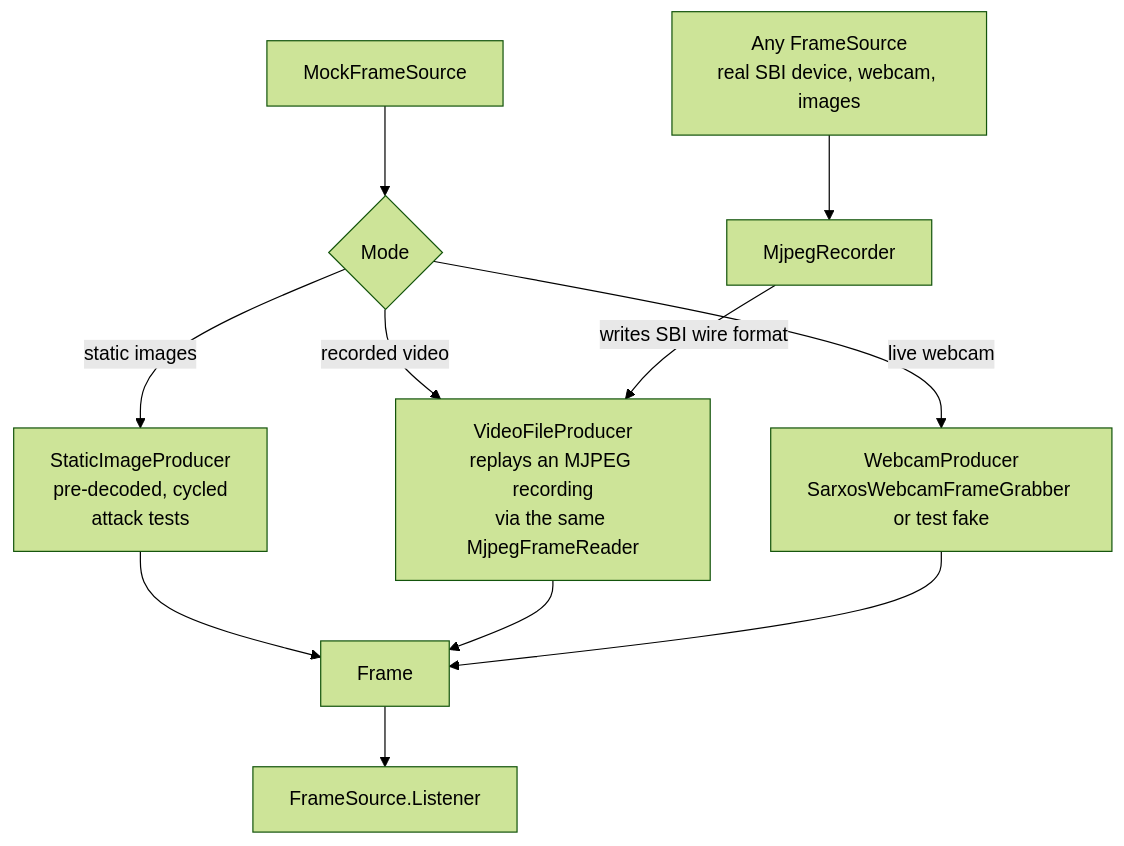
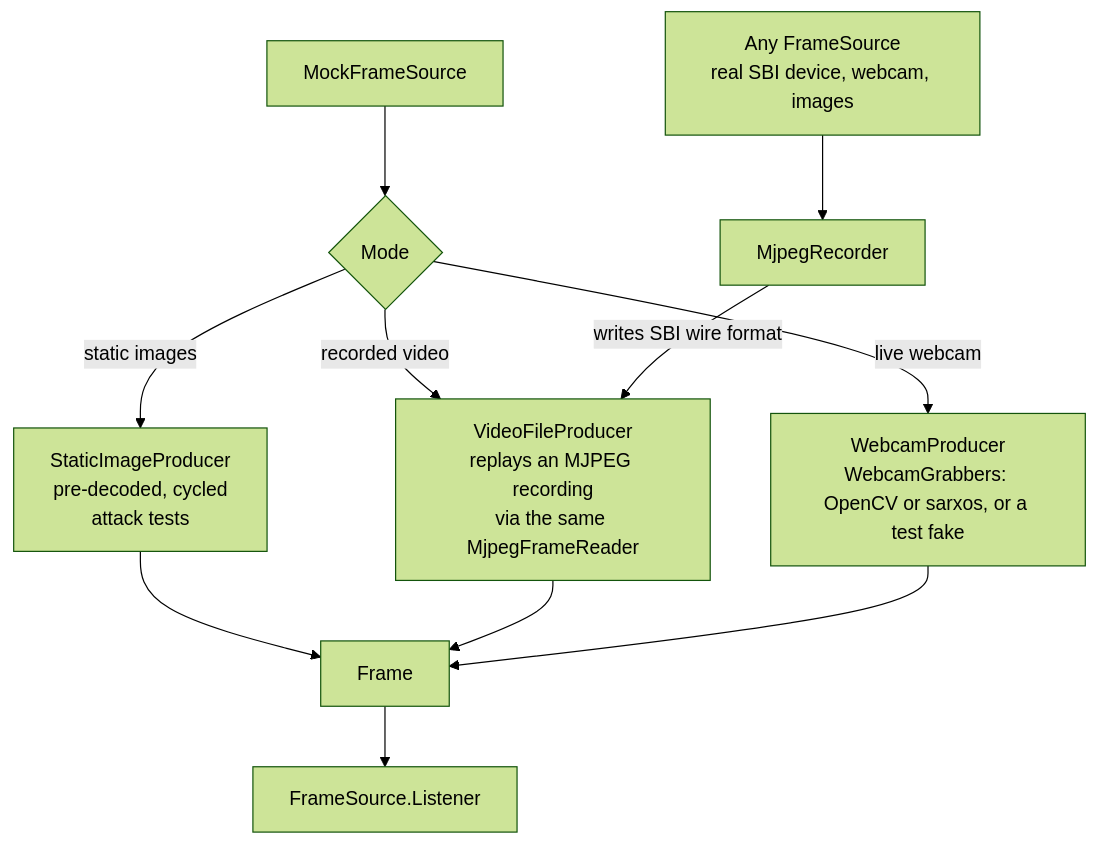
One commit to ChadDadChag/Mosip26 changed the third of 4 diagrams in docs/part1-frame-streaming-architecture.md. Above: the diagram before and after it, drawn with Mermaid (forest theme). The commit also changed other lines of this file and 11 other files, not shown here.

````diff
--- a/docs/part1-frame-streaming-architecture.md
+++ b/docs/part1-frame-streaming-architecture.md
@@ -103,13 +103,13 @@
 ```mermaid
 flowchart TD
     M1[MockFrameSource] --> M2{Mode}
     M2 -->|static images| M3[StaticImageProducer<br/>pre-decoded, cycled<br/>attack tests]
     M2 -->|recorded video| M4[VideoFileProducer<br/>replays an MJPEG recording<br/>via the same MjpegFrameReader]
-    M2 -->|live webcam| M5[WebcamProducer<br/>SarxosWebcamFrameGrabber or test fake]
+    M2 -->|live webcam| M5[WebcamProducer<br/>WebcamGrabbers: OpenCV or sarxos, or a test fake]
     M3 --> M6[Frame]
     M4 --> M6
     M5 --> M6
     M6 --> M7[FrameSource.Listener]
     R[MjpegRecorder] -->|writes SBI wire format| M4
     X[Any FrameSource<br/>real SBI device, webcam, images] --> R
 ```
````
